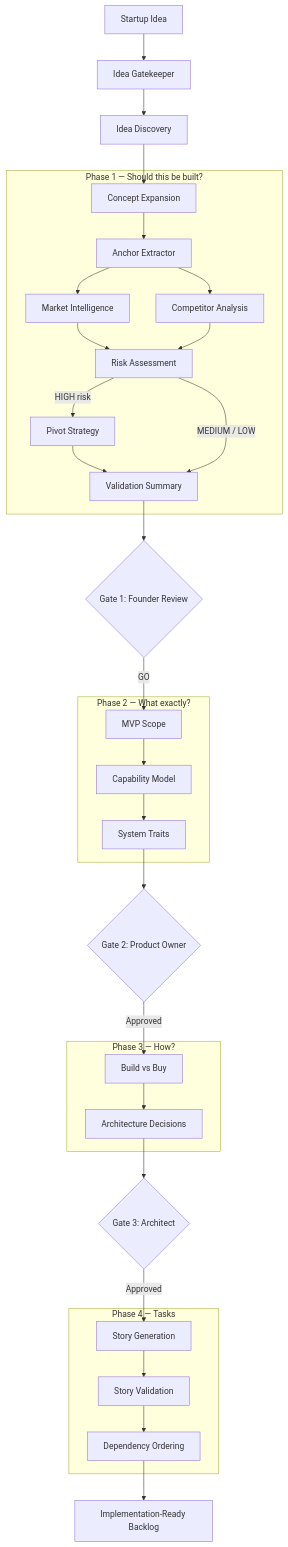
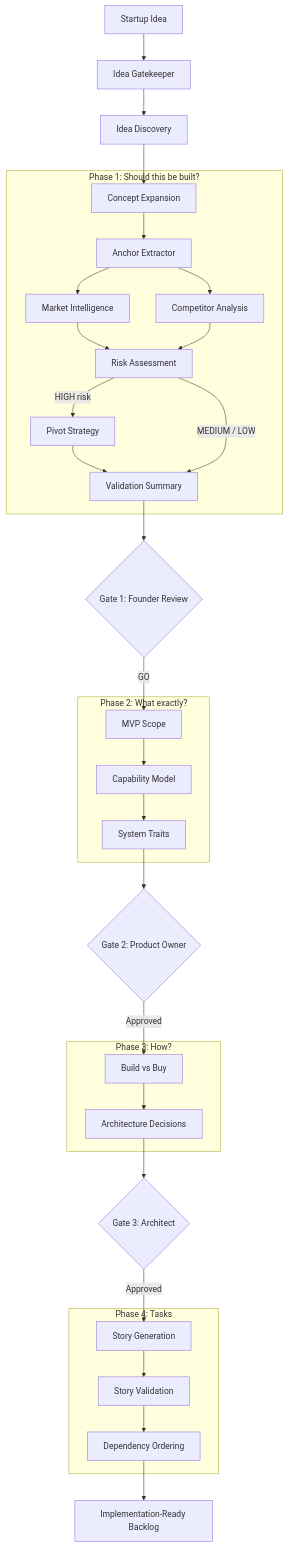
Before and after one commit to arslan70/haytham: the first of 2 diagrams in docs/how-it-works.md, drawn with Mermaid. The commit also changed other lines of this file and 70 other files, not shown here.

````diff
--- a/docs/how-it-works.md
+++ b/docs/how-it-works.md
@@ -16,42 +16,42 @@
 ```mermaid
 flowchart TD
     idea[Startup Idea] --> gatekeeper[Idea Gatekeeper]
     gatekeeper --> discovery[Idea Discovery]
     discovery --> concept[Concept Expansion]
 
-    subgraph phase1["Phase 1 — Should this be built?"]
+    subgraph phase1["Phase 1: Should this be built?"]
         concept --> anchor[Anchor Extractor]
         anchor --> market[Market Intelligence]
         anchor --> competitor[Competitor Analysis]
         market --> risk[Risk Assessment]
         competitor --> risk
         risk -->|HIGH risk| pivot[Pivot Strategy]
         pivot --> summary[Validation Summary]
         risk -->|MEDIUM / LOW| summary
     end
 
     summary --> gate1{Gate 1: Founder Review}
     gate1 -->|GO| mvp
 
-    subgraph phase2["Phase 2 — What exactly?"]
+    subgraph phase2["Phase 2: What exactly?"]
         mvp[MVP Scope] --> capability[Capability Model]
         capability --> traits[System Traits]
     end
 
     traits --> gate2{Gate 2: Product Owner}
     gate2 -->|Approved| build_buy
 
-    subgraph phase3["Phase 3 — How?"]
+    subgraph phase3["Phase 3: How?"]
         build_buy[Build vs Buy] --> arch[Architecture Decisions]
     end
 
     arch --> gate3{Gate 3: Architect}
     gate3 -->|Approved| stories
 
-    subgraph phase4["Phase 4 — Tasks"]
+    subgraph phase4["Phase 4: Tasks"]
         stories[Story Generation] --> story_val[Story Validation]
         story_val --> ordering[Dependency Ordering]
     end
 
     ordering --> output[Implementation-Ready Backlog]
 ```
````
